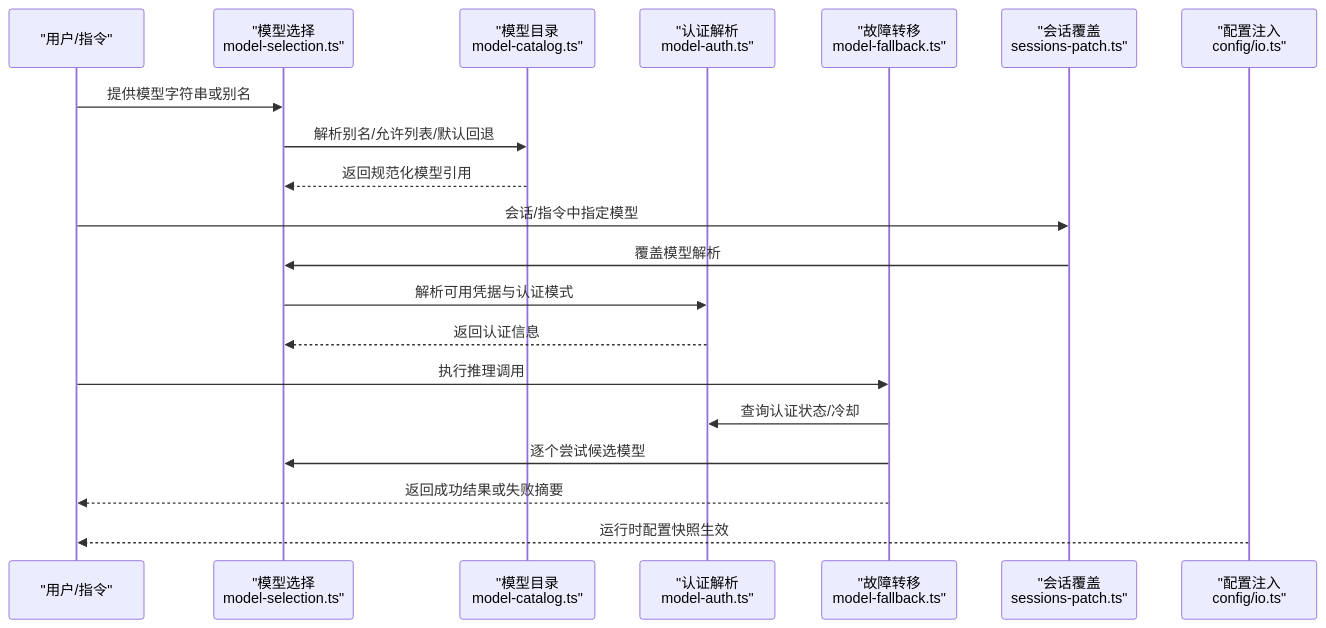
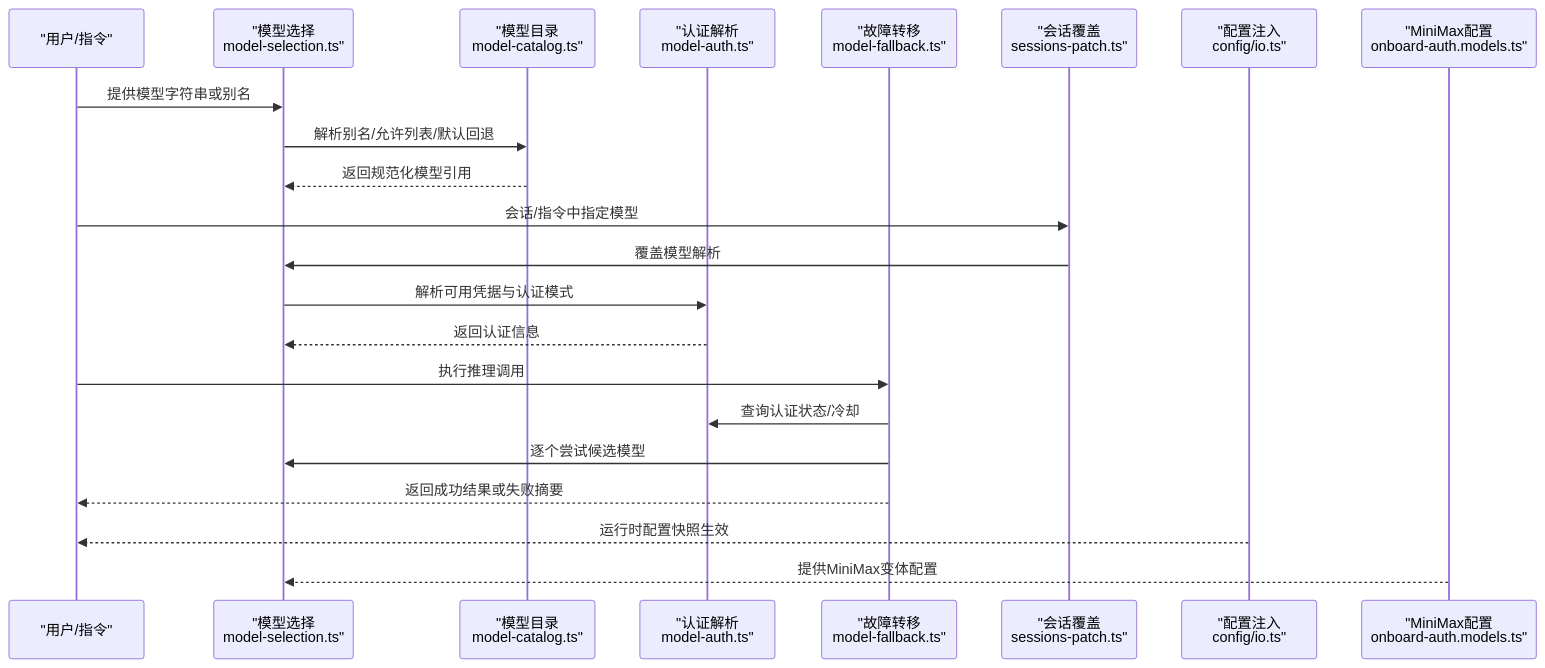
Before and after one commit to verse-ai-org/openclaw: the second of 9 diagrams in .qoder/repowiki/zh/content/核心概念/模型管理.md, drawn with Mermaid. The commit also changed other lines of this file and 32 other files, not shown here.

````diff
--- a/.qoder/repowiki/zh/content/核心概念/模型管理.md
+++ b/.qoder/repowiki/zh/content/核心概念/模型管理.md
@@ -131,22 +172,24 @@
 ```mermaid
 sequenceDiagram
 participant User as "用户/指令"
 participant Sel as "模型选择<br/>model-selection.ts"
 participant Cat as "模型目录<br/>model-catalog.ts"
 participant Auth as "认证解析<br/>model-auth.ts"
 participant Fall as "故障转移<br/>model-fallback.ts"
 participant Gate as "会话覆盖<br/>sessions-patch.ts"
 participant Conf as "配置注入<br/>config/io.ts"
+participant Minimax as "MiniMax配置<br/>onboard-auth.models.ts"
 User->>Sel : 提供模型字符串或别名
 Sel->>Cat : 解析别名/允许列表/默认回退
 Cat-->>Sel : 返回规范化模型引用
 User->>Gate : 会话/指令中指定模型
 Gate->>Sel : 覆盖模型解析
 Sel->>Auth : 解析可用凭据与认证模式
 Auth-->>Sel : 返回认证信息
 User->>Fall : 执行推理调用
 Fall->>Auth : 查询认证状态/冷却
 Fall->>Sel : 逐个尝试候选模型
 Fall-->>User : 返回成功结果或失败摘要
 Conf-->>User : 运行时配置快照生效
+Minimax-->>Sel : 提供MiniMax变体配置
 ```
````
